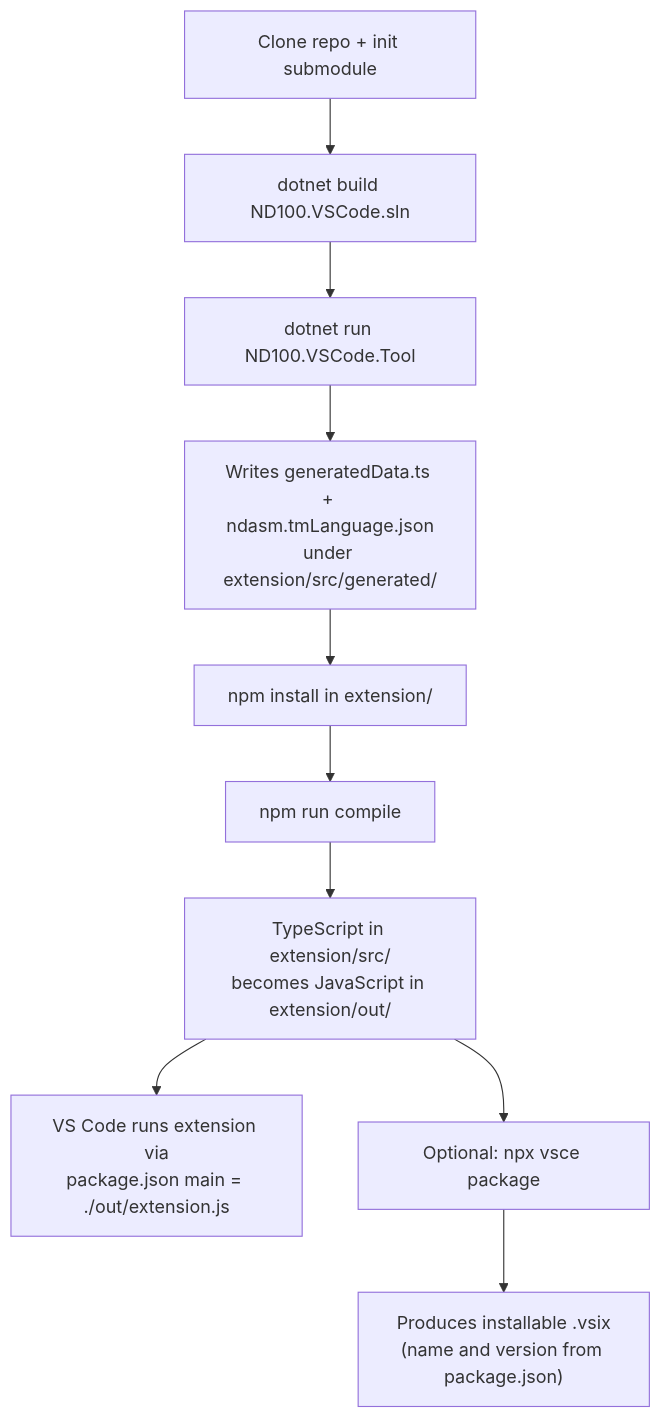
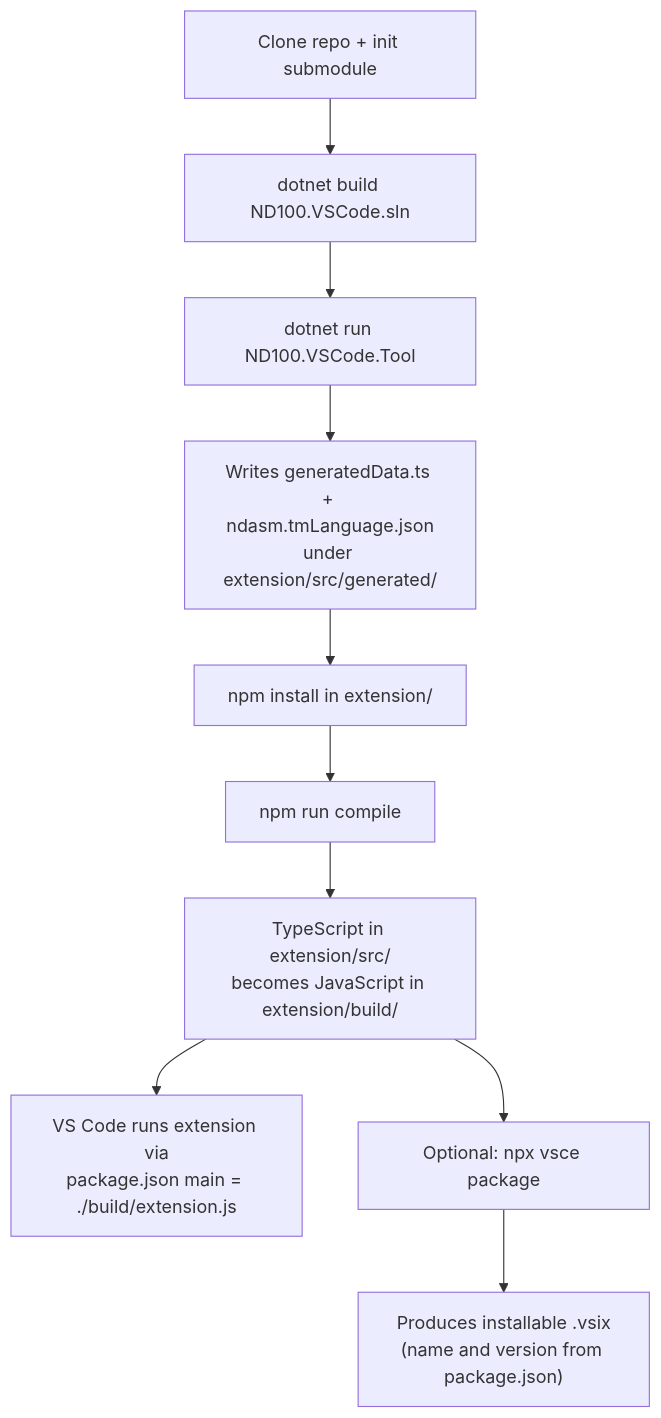
Before and after one commit to RetroCoreLabs/vscode-nd-dev: the second of 2 diagrams in README.md, drawn with Mermaid. The commit also changed other lines of this file and 11 other files, not shown here.

First line of the commit message:
fix: emit TypeScript to extension/build instead of out

````diff
--- a/README.md
+++ b/README.md
@@ -99,12 +99,12 @@
 ```mermaid
 flowchart TD
   A[Clone repo + init submodule] --> B[dotnet build ND100.VSCode.sln]
   B --> C[dotnet run ND100.VSCode.Tool]
   C --> D[Writes generatedData.ts + ndasm.tmLanguage.json\nunder extension/src/generated/]
   D --> E[npm install in extension/]
   E --> F[npm run compile]
-  F --> G[TypeScript in extension/src/\nbecomes JavaScript in extension/out/]
-  G --> H[VS Code runs extension via\npackage.json main = ./out/extension.js]
+  F --> G[TypeScript in extension/src/\nbecomes JavaScript in extension/build/]
+  G --> H[VS Code runs extension via\npackage.json main = ./build/extension.js]
   G --> I[Optional: npx vsce package]
   I --> J["Produces installable .vsix\n(name and version from package.json)"]
 ```
````
